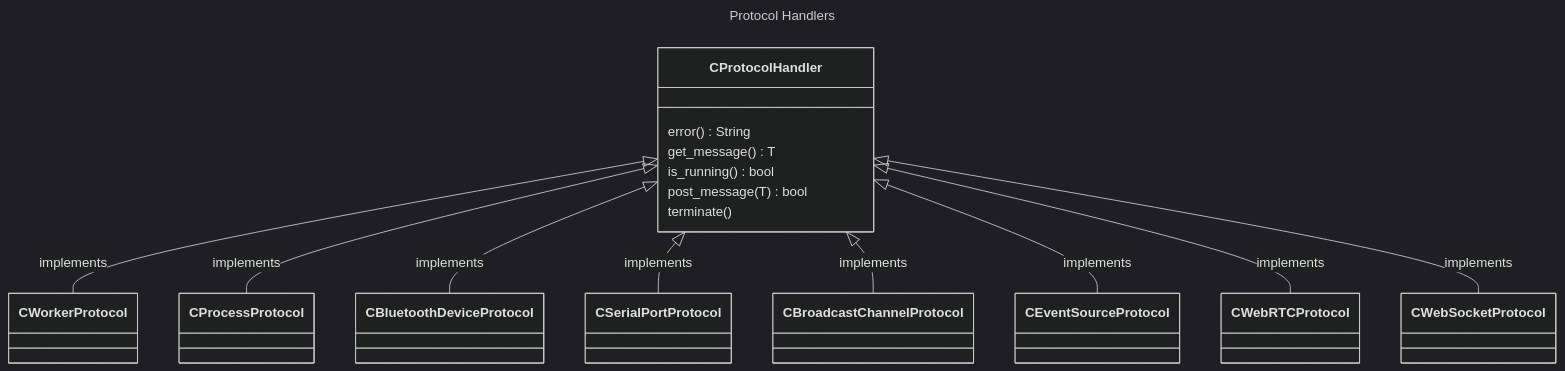
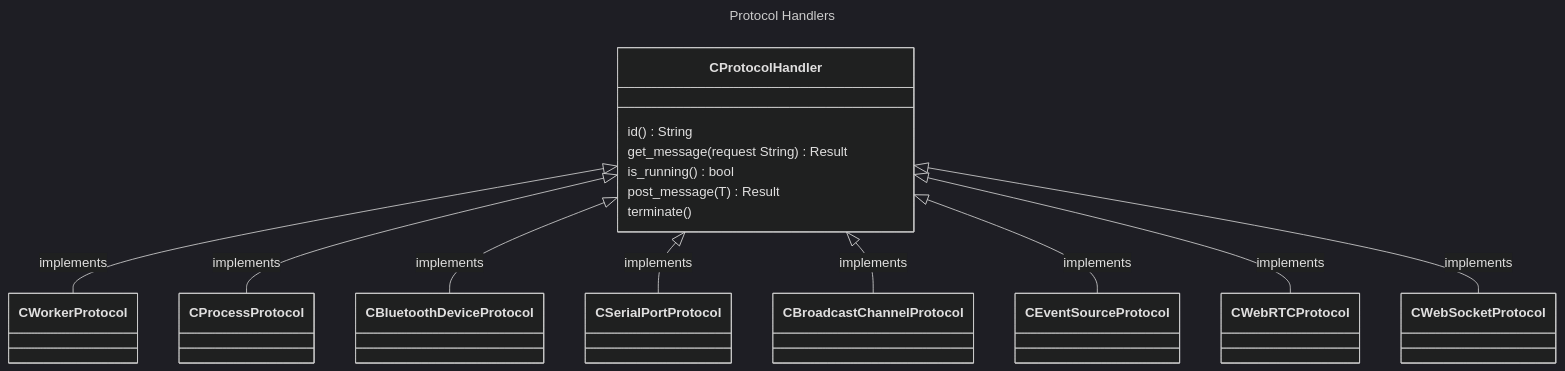
The diagram in codemelted_dev/src/1-0_functional-decomposition.md (CodeMelted/codemelted_developer), drawn with Mermaid (dark theme) before and after one commit. The commit also changed other lines of this file and 1 other file, not shown here.

````diff
--- a/codemelted_dev/src/1-0_functional-decomposition.md
+++ b/codemelted_dev/src/1-0_functional-decomposition.md
@@ -35,30 +33,30 @@
 ```mermaid
 ---
 title: Protocol Handlers
 ---
 classDiagram
   direction BT
   class CProtocolHandler {
-    error() String
-    get_message() T
+    id() String
+    get_message(request String) Result
     is_running() bool
-    post_message(T) bool
+    post_message(T) Result
     terminate()
   }
   class CWorkerProtocol
   class CProcessProtocol
   class CBluetoothDeviceProtocol
   class CSerialPortProtocol
   class CBroadcastChannelProtocol
   class CEventSourceProtocol
   class CWebRTCProtocol
   class CWebSocketProtocol
   CWorkerProtocol --|> CProtocolHandler: implements
   CProcessProtocol --|> CProtocolHandler: implements
   CBluetoothDeviceProtocol --|> CProtocolHandler: implements
   CSerialPortProtocol --|> CProtocolHandler: implements
   CBroadcastChannelProtocol --|> CProtocolHandler: implements
   CEventSourceProtocol --|> CProtocolHandler: implements
   CWebRTCProtocol --|> CProtocolHandler: implements
   CWebSocketProtocol --|> CProtocolHandler: implements
 ```
````
